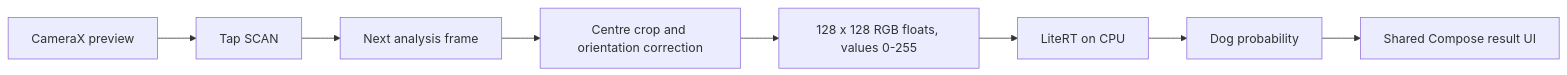
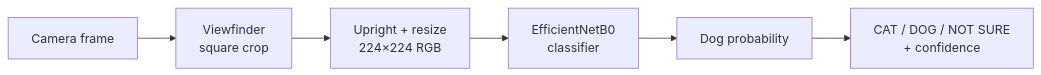
Before and after one commit to freddmejia/classification_cat_dogs_kmp_app: the diagram in README.md, drawn with Mermaid. The commit also changed other lines of this file and 6 other files, not shown here.

````diff
--- a/README.md
+++ b/README.md
@@ -34,10 +26,8 @@
 ```mermaid
 flowchart LR
-    A[CameraX preview] --> B[Tap SCAN]
-    B --> C[Next analysis frame]
-    C --> D[Centre crop and orientation correction]
-    D --> E[128 x 128 RGB floats, values 0-255]
-    E --> F[LiteRT on CPU]
-    F --> G[Dog probability]
-    G --> H[Shared Compose result UI]
+    A[Camera frame] --> B[Viewfinder<br/>square crop]
+    B --> C[Upright + resize<br/>224×224 RGB]
+    C --> D[EfficientNetB0<br/>classifier]
+    D --> E[Dog probability]
+    E --> F[CAT / DOG / NOT SURE<br/>+ confidence]
 ```
````
